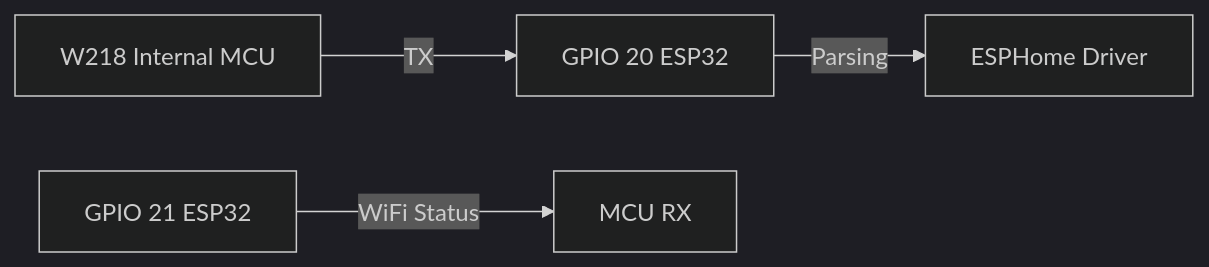
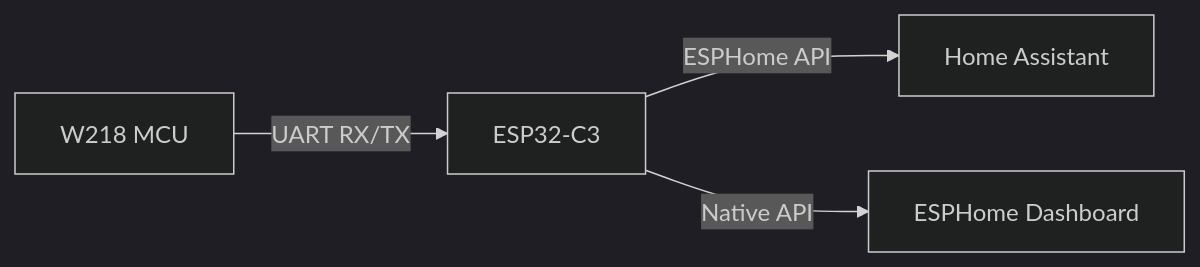
The diagram in README.md (r0b2g1t/W218), drawn with Mermaid (dark theme) before and after one commit. The commit also changed other lines of this file, not shown here.

````diff
--- a/README.md
+++ b/README.md
@@ -31,6 +17,6 @@
 ```mermaid
 graph LR
-    MCU[W218 Internal MCU] -- TX --> RX[GPIO 20 ESP32]
-    RX -- Parsing --> Logic[ESPHome Driver]
-    TX_ESP[GPIO 21 ESP32] -- WiFi Status --> RX_MCU[MCU RX]
+    MCU[W218 MCU] -- UART RX/TX --> ESP[ESP32-C3]
+    ESP -- ESPHome API --> HA[Home Assistant]
+    ESP -- Native API --> Dash[ESPHome Dashboard]
 ```
````
